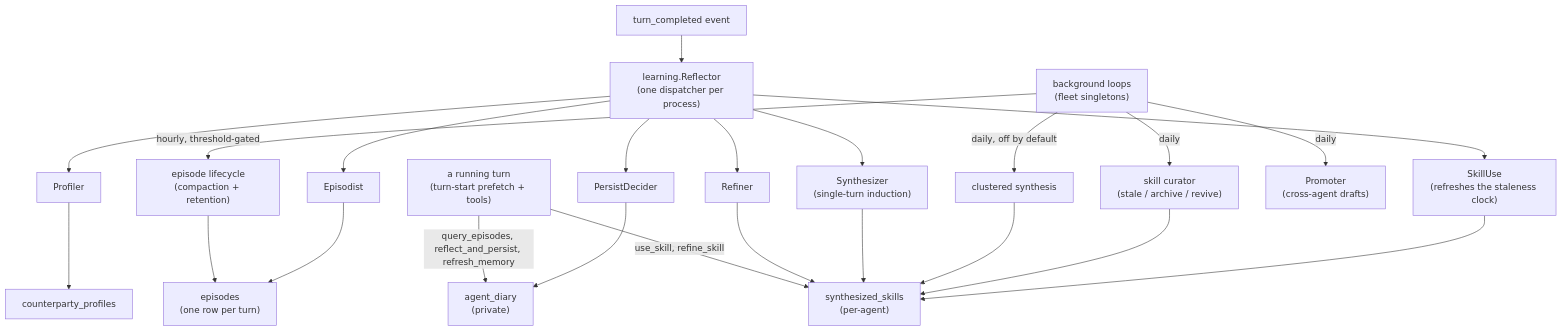
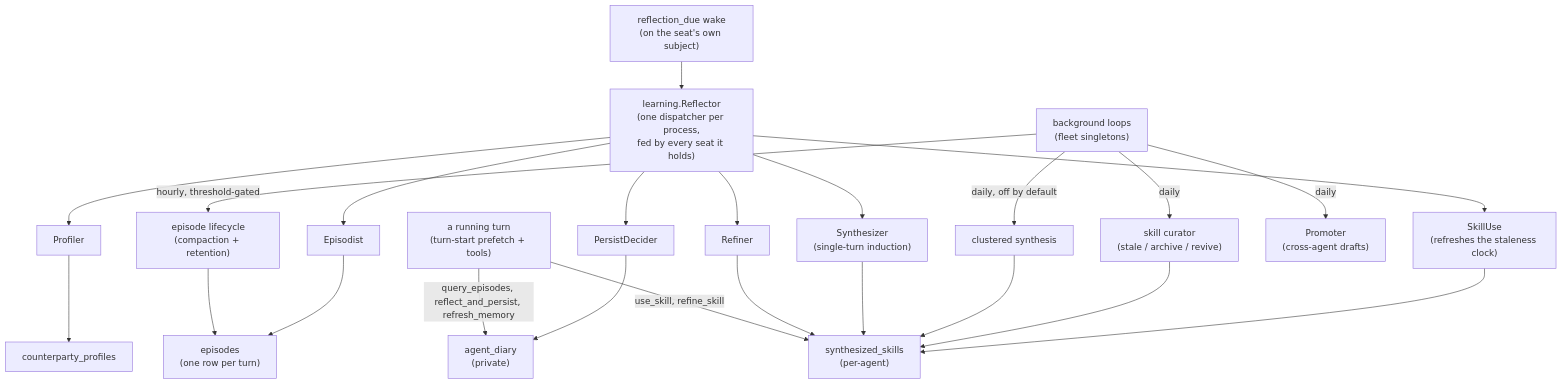
The first of 2 diagrams in docs/concepts/agent-learning.md (crewlet/crewlet), drawn with Mermaid before and after one commit. The commit also changed other lines of this file and 27 other files, not shown here.

````diff
--- a/docs/concepts/agent-learning.md
+++ b/docs/concepts/agent-learning.md
@@ -32,30 +32,30 @@
 ```mermaid
 flowchart TD
-    TC["turn_completed event"] --> RE
-    RE["learning.Reflector<br/>(one dispatcher per process)"]
+    TC["reflection_due wake<br/>(on the seat's own subject)"] --> RE
+    RE["learning.Reflector<br/>(one dispatcher per process,<br/>fed by every seat it holds)"]
     RE --> PD["PersistDecider"]
     RE --> EPW["Episodist"]
     RE --> CP["Profiler"]
     RE --> SS["Synthesizer<br/>(single-turn induction)"]
     RE --> SR["Refiner"]
     RE --> SU["SkillUse<br/>(refreshes the staleness clock)"]
     PD --> AD["agent_diary<br/>(private)"]
     EPW --> EP["episodes<br/>(one row per turn)"]
     CP --> CPT["counterparty_profiles"]
     SU --> SK["synthesized_skills<br/>(per-agent)"]
 
     CLK["background loops<br/>(fleet singletons)"]
     CLK -->|hourly, threshold-gated| ELW["episode lifecycle<br/>(compaction + retention)"]
     CLK -->|daily| CUR["skill curator<br/>(stale / archive / revive)"]
     CLK -->|daily, off by default| CL["clustered synthesis"]
     CLK -->|daily| PRO["Promoter<br/>(cross-agent drafts)"]
     ELW --> EP
     CUR --> SK
     CL --> SK
 
     SS --> SK
     SR --> SK
     AT["a running turn<br/>(turn-start prefetch + tools)"]
     AT -->|"use_skill, refine_skill"| SK
     AT -->|"query_episodes, reflect_and_persist, refresh_memory"| AD
 ```
````
